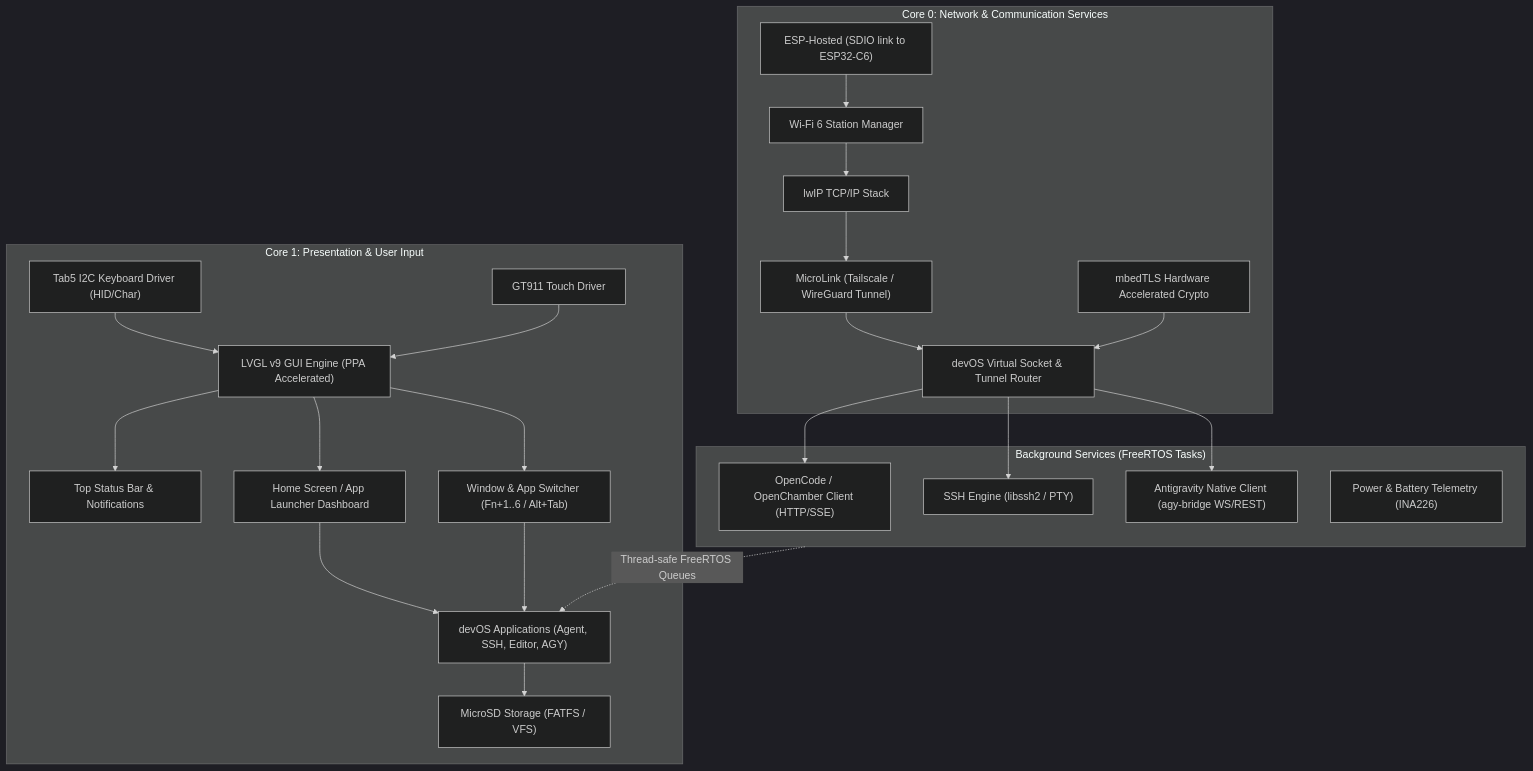
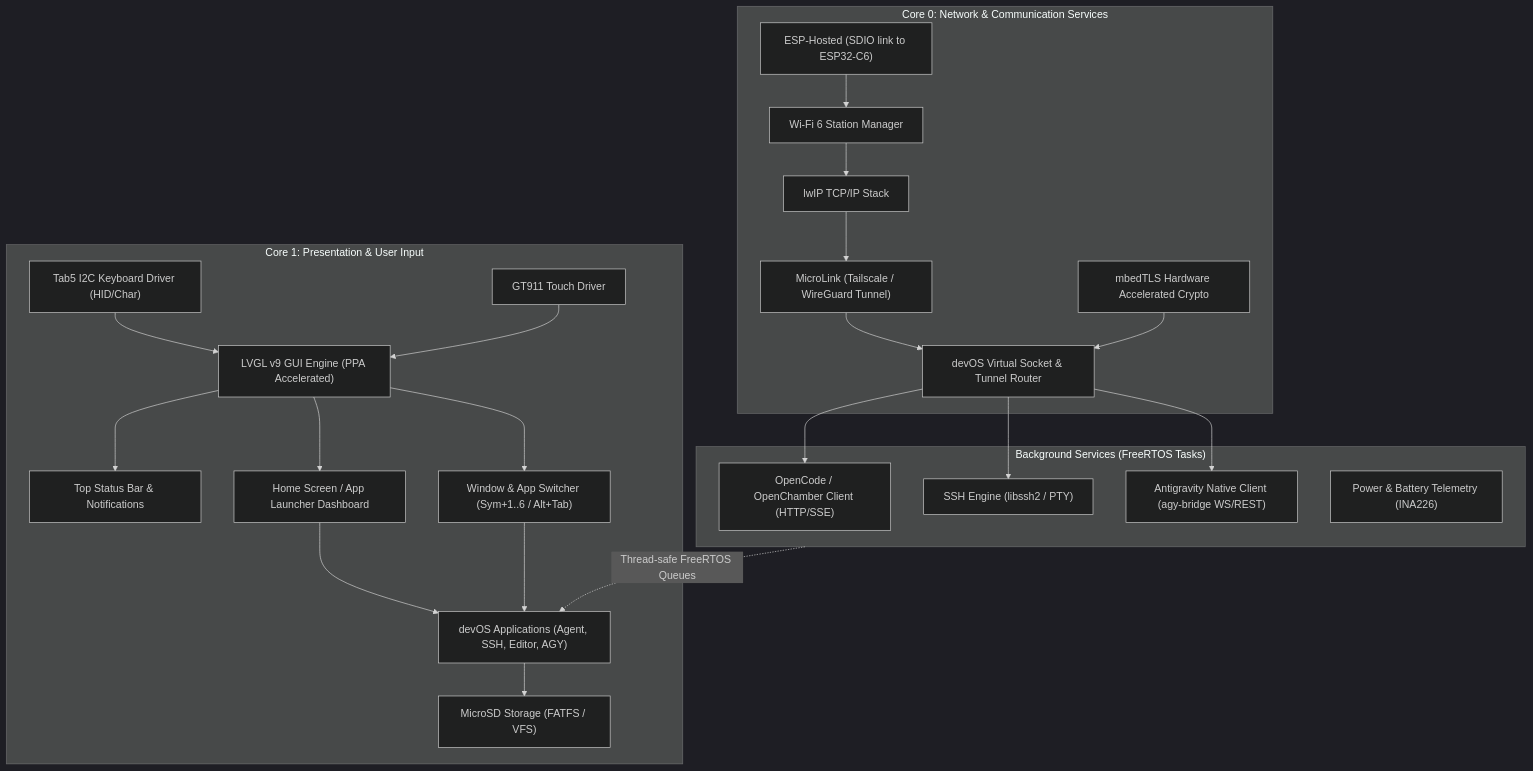
The first of 2 diagrams in PLAN.md (domgrimm/tab5-devos), drawn with Mermaid (dark theme) before and after one commit. The commit also changed other lines of this file and 36 other files, not shown here.

````diff
--- a/PLAN.md
+++ b/PLAN.md
@@ -61,50 +61,50 @@
 ```mermaid
 graph TD
     subgraph Core1 ["Core 1: Presentation & User Input"]
         LVGL["LVGL v9 GUI Engine (PPA Accelerated)"]
         UI_TopBar["Top Status Bar & Notifications"]
         UI_Launcher["Home Screen / App Launcher Dashboard"]
-        UI_WM["Window & App Switcher (Fn+1..6 / Alt+Tab)"]
+        UI_WM["Window & App Switcher (Sym+1..6 / Alt+Tab)"]
         UI_Apps["devOS Applications (Agent, SSH, Editor, AGY)"]
         KbdDrv["Tab5 I2C Keyboard Driver (HID/Char)"]
         TouchDrv["GT911 Touch Driver"]
         SD_FS["MicroSD Storage (FATFS / VFS)"]
 
         LVGL --> UI_TopBar
         LVGL --> UI_Launcher
         LVGL --> UI_WM
         UI_Launcher --> UI_Apps
         UI_WM --> UI_Apps
         KbdDrv --> LVGL
         TouchDrv --> LVGL
         UI_Apps --> SD_FS
     end
 
     subgraph Core0 ["Core 0: Network & Communication Services"]
         ESPHosted["ESP-Hosted (SDIO link to ESP32-C6)"]
         WiFi["Wi-Fi 6 Station Manager"]
         LwIP["lwIP TCP/IP Stack"]
         MicroLink["MicroLink (Tailscale / WireGuard Tunnel)"]
         mbedTLS["mbedTLS Hardware Accelerated Crypto"]
         NetRouter["devOS Virtual Socket & Tunnel Router"]
 
         ESPHosted --> WiFi
         WiFi --> LwIP
         LwIP --> MicroLink
         MicroLink --> NetRouter
         mbedTLS --> NetRouter
     end
 
     subgraph BackgroundDaemons ["Background Services (FreeRTOS Tasks)"]
         OpenDevClient["OpenCode / OpenChamber Client (HTTP/SSE)"]
         SSHClient["SSH Engine (libssh2 / PTY)"]
         AgyBridgeClient["Antigravity Native Client (agy-bridge WS/REST)"]
         PowerDaemon["Power & Battery Telemetry (INA226)"]
 
         NetRouter --> OpenDevClient
         NetRouter --> SSHClient
         NetRouter --> AgyBridgeClient
     end
 
     BackgroundDaemons -.->|"Thread-safe FreeRTOS Queues"| UI_Apps
 ```
````
